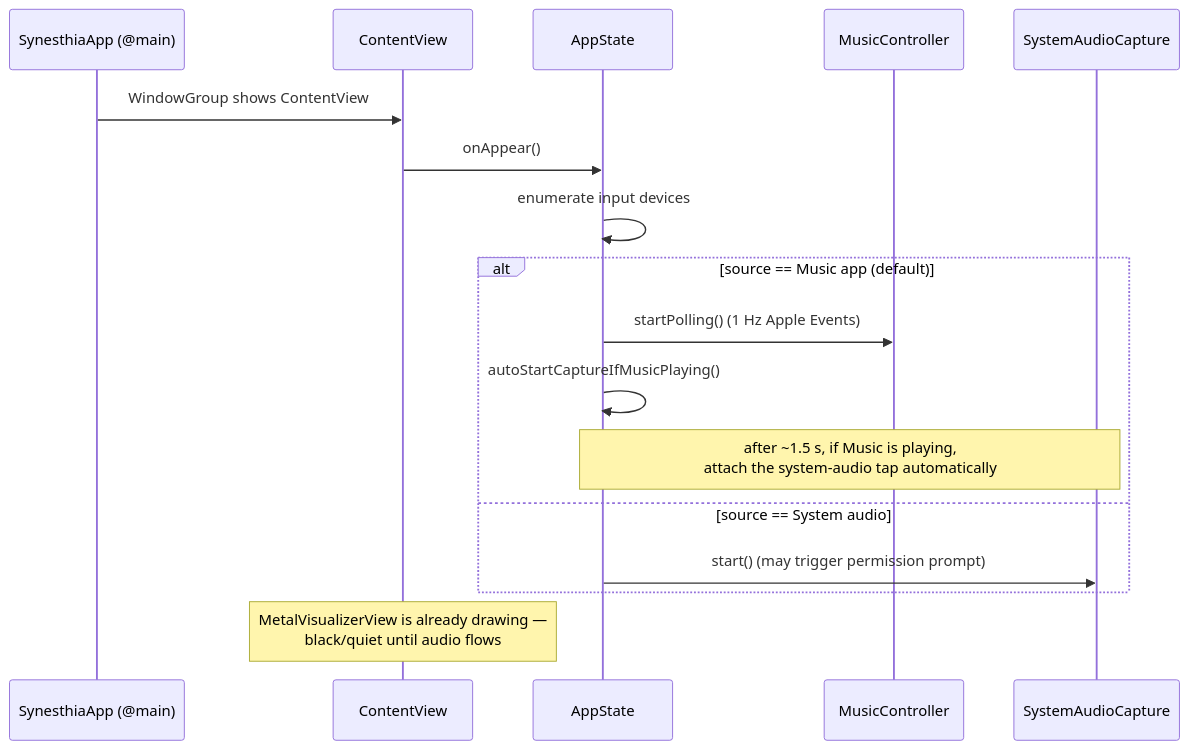
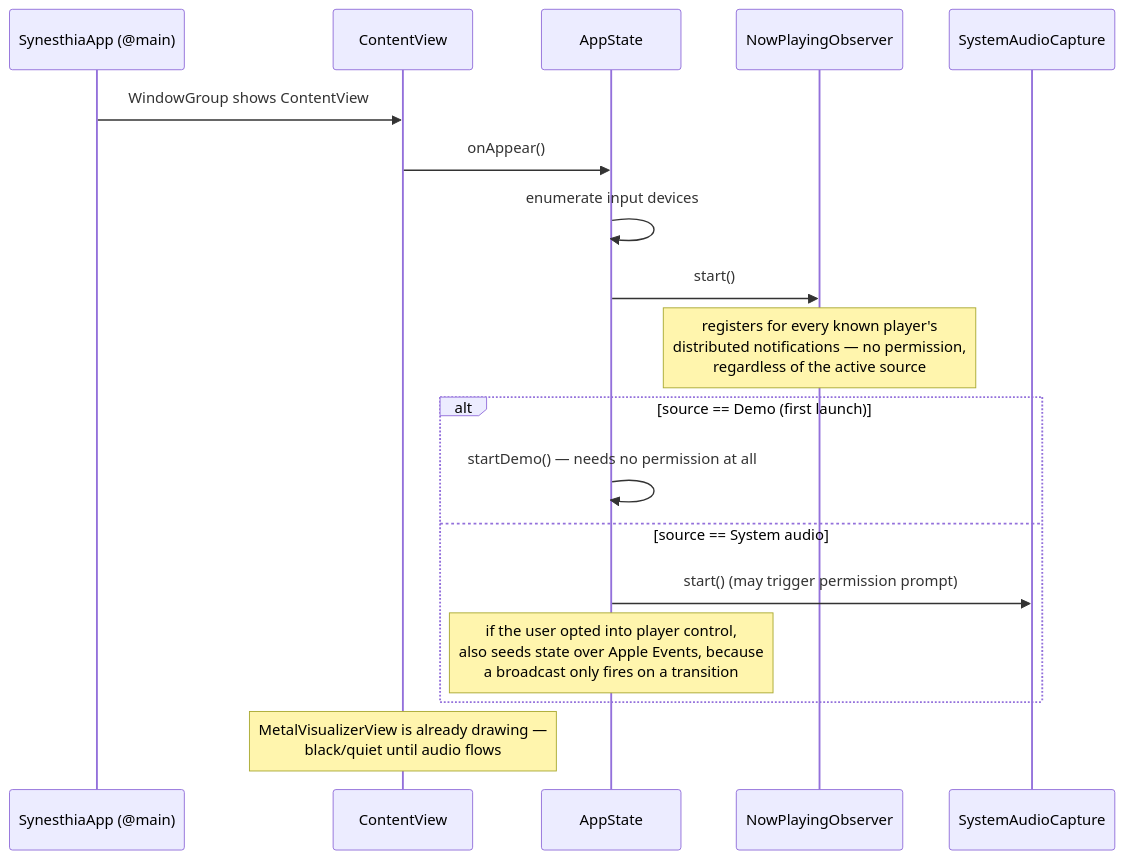
The third of 3 diagrams in docs/architecture.md (jonjaques/synesthia), drawn with Mermaid before and after one commit. The commit also changed other lines of this file and 78 other files, not shown here.

````diff
--- a/docs/architecture.md
+++ b/docs/architecture.md
@@ -120,20 +123,21 @@
 ```mermaid
 sequenceDiagram
     participant App as SynesthiaApp (@main)
     participant CV as ContentView
     participant AS as AppState
-    participant MC as MusicController
+    participant NP as NowPlayingObserver
     participant SC as SystemAudioCapture
 
     App->>CV: WindowGroup shows ContentView
     CV->>AS: onAppear()
     AS->>AS: enumerate input devices
-    alt source == Music app (default)
-        AS->>MC: startPolling()  (1 Hz Apple Events)
-        AS->>AS: autoStartCaptureIfMusicPlaying()
-        Note over AS,SC: after ~1.5 s, if Music is playing,<br>attach the system-audio tap automatically
+    AS->>NP: start()
+    Note over NP: registers for every known player's<br>distributed notifications — no permission,<br>regardless of the active source
+    alt source == Demo (first launch)
+        AS->>AS: startDemo()  — needs no permission at all
     else source == System audio
         AS->>SC: start()  (may trigger permission prompt)
+        Note over AS: if the user opted into player control,<br>also seeds state over Apple Events, because<br>a broadcast only fires on a transition
     end
     Note over CV: MetalVisualizerView is already drawing —<br>black/quiet until audio flows
 ```
````
